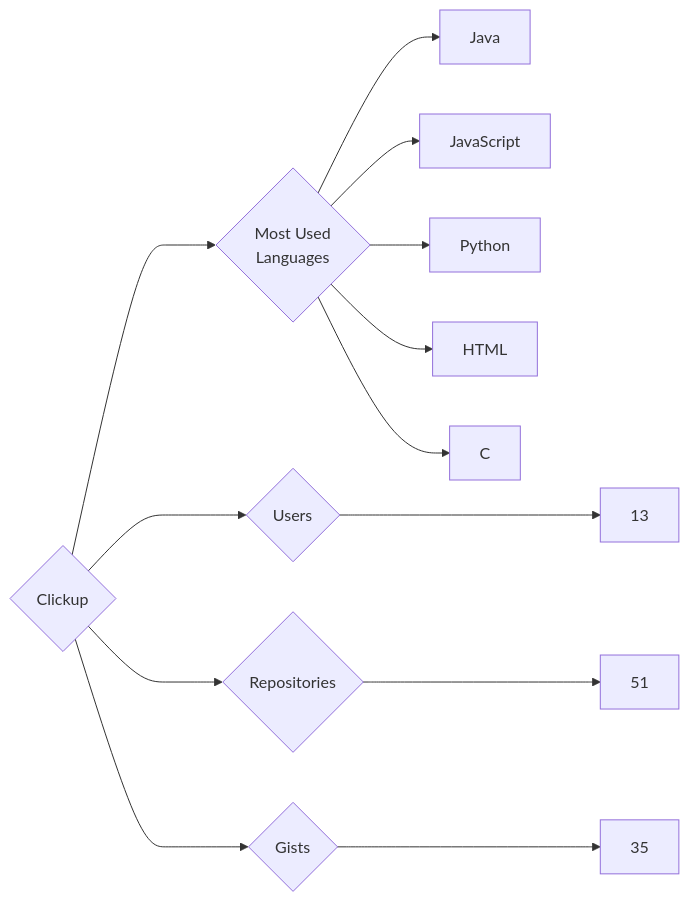
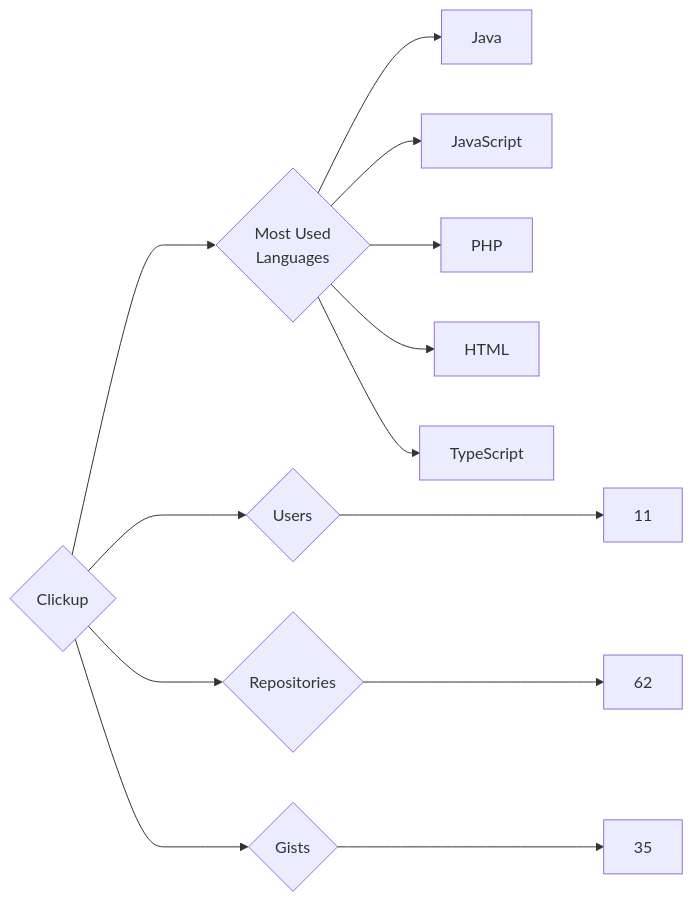
Before and after one commit to trickest/insiders: the diagram in targets/Clickup/README.md, drawn with Mermaid. The commit also changed 1123 other files, not shown here.

````diff
--- a/targets/Clickup/README.md
+++ b/targets/Clickup/README.md
@@ -3,13 +3,13 @@
 ```mermaid
 graph LR
 COMPANY_NAME{Clickup}
-COMPANY_NAME ---> U{Users} ---> UN[13]
-COMPANY_NAME ---> R{Repositories} ---> RN[51]
+COMPANY_NAME ---> U{Users} ---> UN[11]
+COMPANY_NAME ---> R{Repositories} ---> RN[62]
 COMPANY_NAME ---> G{Gists} ---> GN[35]
 COMPANY_NAME ---> ML{Most Used<br>Languages}
 ML --> Java[Java]
 ML --> JavaScript[JavaScript]
-ML --> Python[Python]
+ML --> PHP[PHP]
 ML --> HTML[HTML]
-ML --> C[C]
+ML --> TypeScript[TypeScript]
 ```
````
